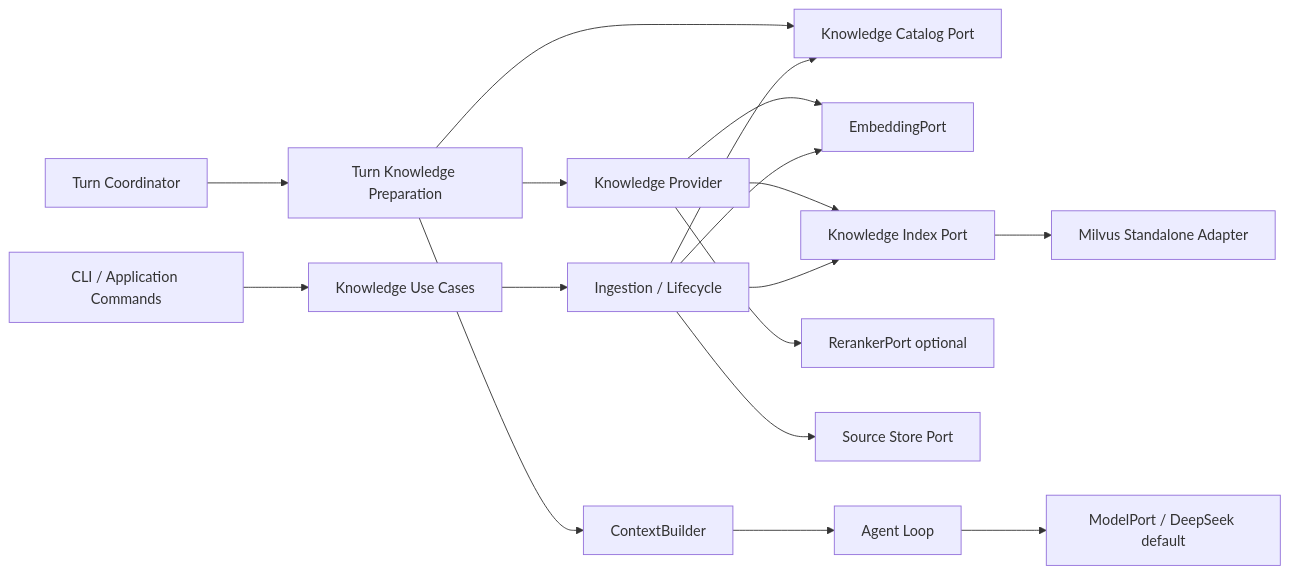
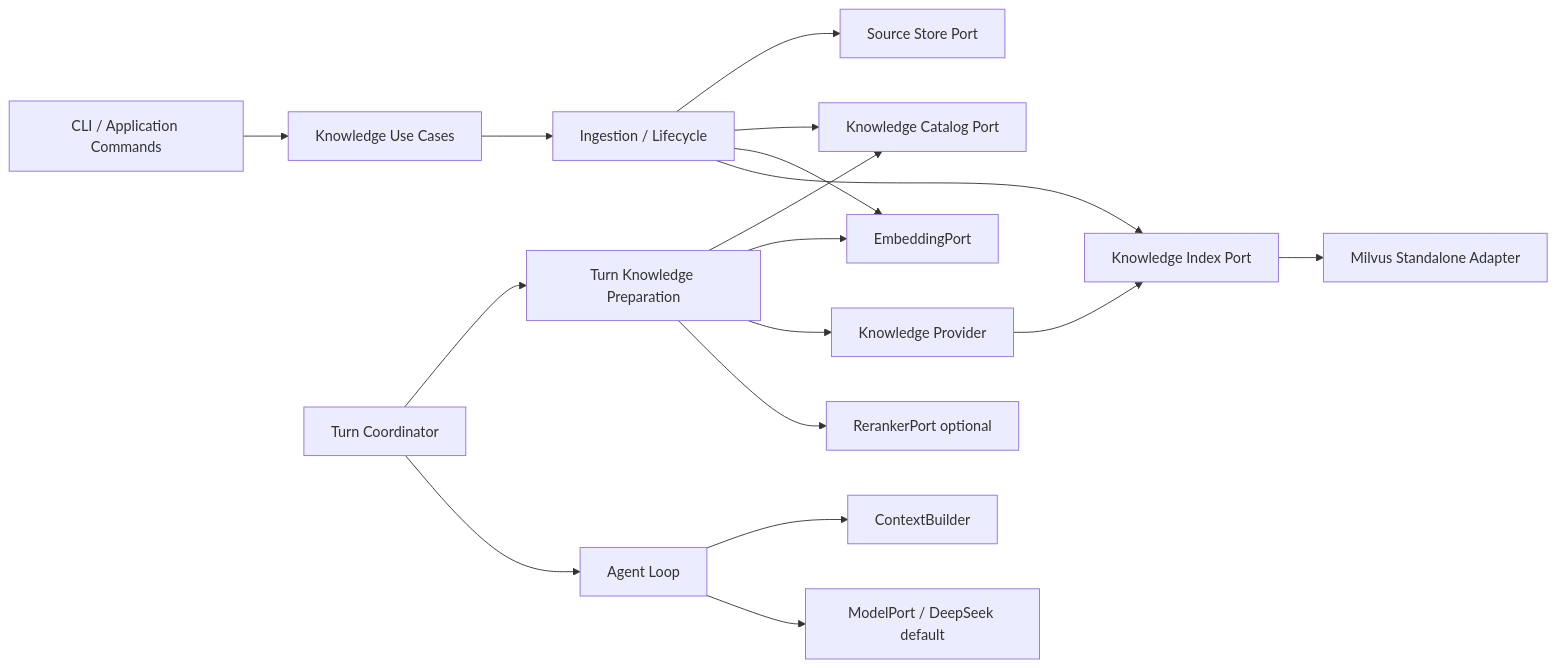
Before and after one commit to StoicLD/JDAgent: the second of 3 diagrams in docs/architecture/v0.3-knowledge-retrieval.md, drawn with Mermaid. The commit also changed other lines of this file and 8 other files, not shown here.

````diff
--- a/docs/architecture/v0.3-knowledge-retrieval.md
+++ b/docs/architecture/v0.3-knowledge-retrieval.md
@@ -119,19 +185,19 @@
 ```mermaid
 flowchart LR
     CLI[CLI / Application Commands] --> KU[Knowledge Use Cases]
     Coordinator[Turn Coordinator] --> Prep[Turn Knowledge Preparation]
+    Coordinator --> Loop[Agent Loop]
     Prep --> Catalog[Knowledge Catalog Port]
+    Prep --> Embed[EmbeddingPort]
     Prep --> Provider[Knowledge Provider]
-    Provider --> Embed[EmbeddingPort]
+    Prep --> Rerank[RerankerPort optional]
     Provider --> Index[Knowledge Index Port]
-    Provider --> Rerank[RerankerPort optional]
     Index --> Milvus[Milvus Standalone Adapter]
     KU --> Ingest[Ingestion / Lifecycle]
     Ingest --> SourceStore[Source Store Port]
     Ingest --> Catalog
     Ingest --> Embed
     Ingest --> Index
-    Prep --> Context[ContextBuilder]
-    Context --> Loop[Agent Loop]
+    Loop --> Context[ContextBuilder]
     Loop --> Model[ModelPort / DeepSeek default]
 ```
````
